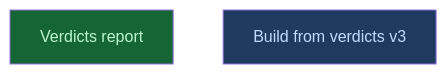
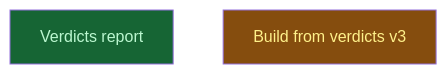
The diagram in __roadmap__/m6b-surface-consolidation/consolidated/README.md (CrackingShells/Candler), drawn with Mermaid before and after one commit. The commit also changed other lines of this file and 1 other file, not shown here.

Commit message:
rdm(api): start the m6b build at l0
The build and its four L0 leaves are in progress.

````diff
--- a/__roadmap__/m6b-surface-consolidation/consolidated/README.md
+++ b/__roadmap__/m6b-surface-consolidation/consolidated/README.md
@@ -19,10 +19,10 @@
 ```mermaid
 graph TD
     verdicts[Verdicts report]:::done
-    build[Build from verdicts v3]:::amendment
+    build[Build from verdicts v3]:::inprogress
     classDef done       fill:#166534,color:#bbf7d0
     classDef inprogress fill:#854d0e,color:#fef08a
     classDef planned    fill:#374151,color:#e5e7eb
     classDef amendment  fill:#1e3a5f,color:#bfdbfe
     classDef blocked    fill:#7f1d1d,color:#fecaca
 ```
````
